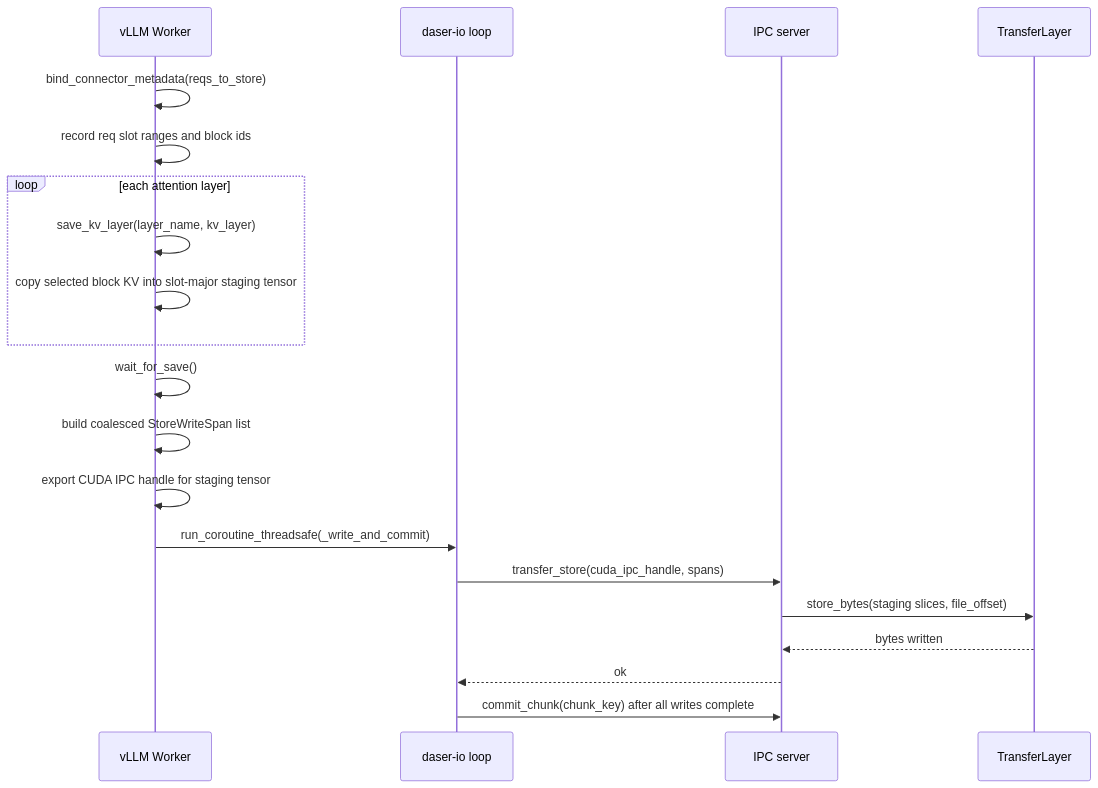
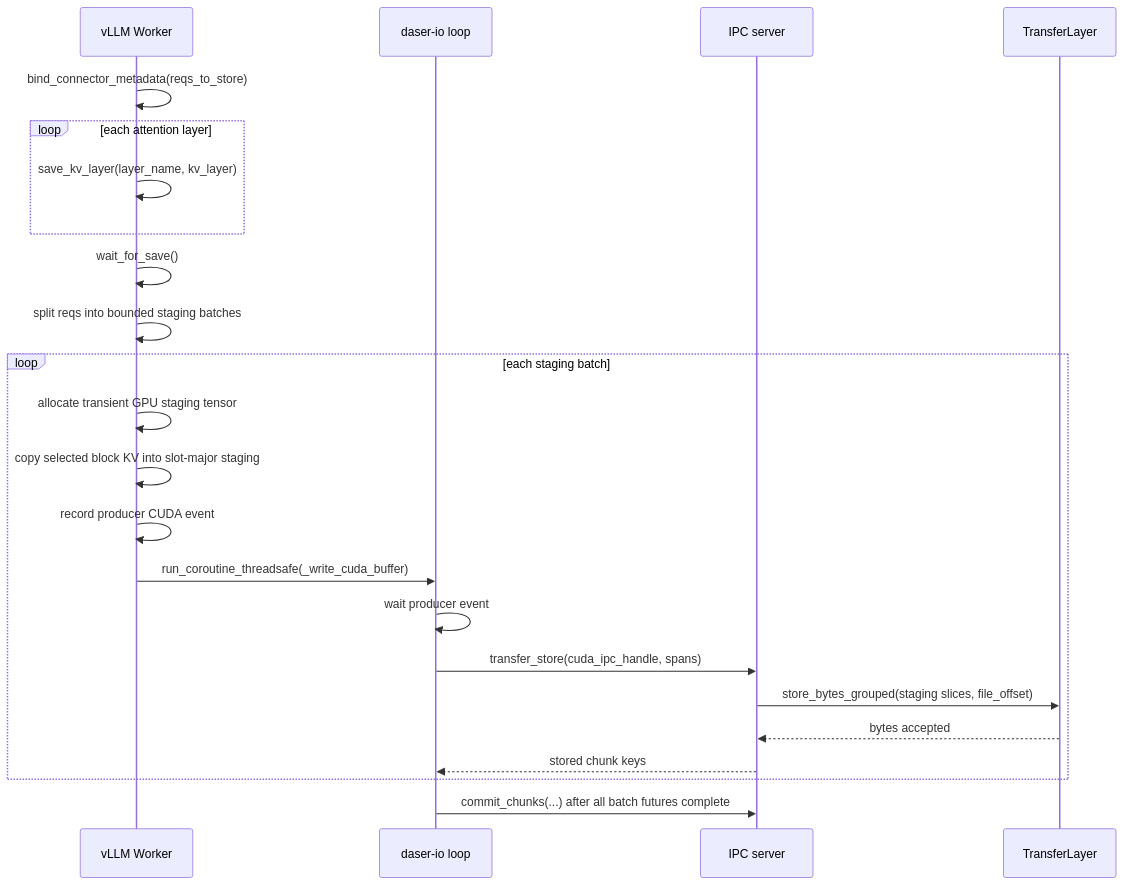
One commit to GentleCold/DaseR changed the fourth of 8 diagrams in docs/design/flows.md. Above: the diagram before and after it, drawn with Mermaid. The commit also changed other lines of this file and 3 other files, not shown here.

First line of the commit message:
chore(docs): record server transfer validation

````diff
--- a/docs/design/flows.md
+++ b/docs/design/flows.md
@@ -102,23 +102,26 @@
 ```mermaid
 sequenceDiagram
     participant W as vLLM Worker
     participant BG as daser-io loop
     participant IPC as IPC server
     participant TL as TransferLayer
 
     W->>W: bind_connector_metadata(reqs_to_store)
-    W->>W: record req slot ranges and block ids
     loop each attention layer
         W->>W: save_kv_layer(layer_name, kv_layer)
-        W->>W: copy selected block KV into slot-major staging tensor
     end
     W->>W: wait_for_save()
-    W->>W: build coalesced StoreWriteSpan list
-    W->>W: export CUDA IPC handle for staging tensor
-    W->>BG: run_coroutine_threadsafe(_write_and_commit)
-    BG->>IPC: transfer_store(cuda_ipc_handle, spans)
-    IPC->>TL: store_bytes(staging slices, file_offset)
-    TL-->>IPC: bytes written
-    IPC-->>BG: ok
-    BG->>IPC: commit_chunk(chunk_key) after all writes complete
+    W->>W: split reqs into bounded staging batches
+    loop each staging batch
+        W->>W: allocate transient GPU staging tensor
+        W->>W: copy selected block KV into slot-major staging
+        W->>W: record producer CUDA event
+        W->>BG: run_coroutine_threadsafe(_write_cuda_buffer)
+        BG->>BG: wait producer event
+        BG->>IPC: transfer_store(cuda_ipc_handle, spans)
+        IPC->>TL: store_bytes_grouped(staging slices, file_offset)
+        TL-->>IPC: bytes accepted
+        IPC-->>BG: stored chunk keys
+    end
+    BG->>IPC: commit_chunks(...) after all batch futures complete
 ```
````
